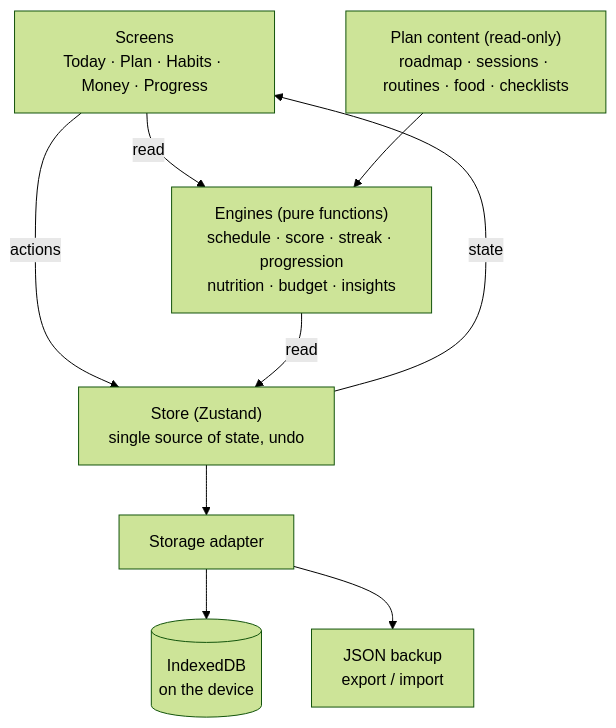
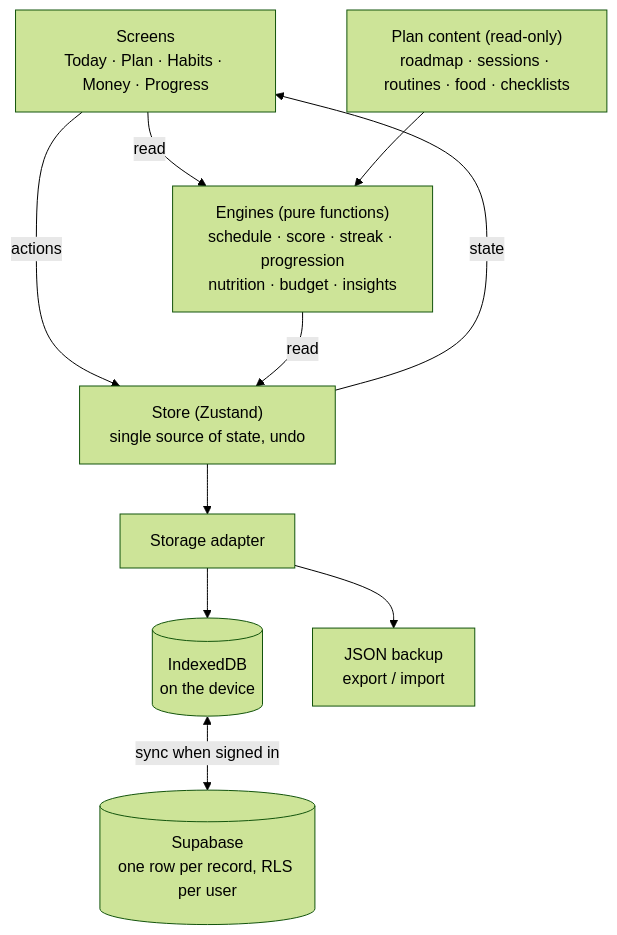
One commit to Arunkumar2004/Habit_Tracker changed the diagram in README.md. Above: the diagram before and after it, drawn with Mermaid (forest theme). The commit also changed other lines of this file and 11 other files, not shown here.

First line of the commit message:
Add Supabase cloud sync with email-code sign-in

````diff
--- a/README.md
+++ b/README.md
@@ -106,11 +108,12 @@
 ```mermaid
 flowchart TD
     UI["Screens<br/>Today · Plan · Habits · Money · Progress"] -->|actions| Store["Store (Zustand)<br/>single source of state, undo"]
     Store -->|state| UI
     UI -->|read| Engines["Engines (pure functions)<br/>schedule · score · streak · progression<br/>nutrition · budget · insights"]
     Engines -->|read| Store
     Content["Plan content (read-only)<br/>roadmap · sessions · routines · food · checklists"] --> Engines
     Store --> Adapter["Storage adapter"]
     Adapter --> IDB[("IndexedDB<br/>on the device")]
+    IDB <-->|"sync when signed in"| Cloud[("Supabase<br/>one row per record, RLS per user")]
     Adapter --> Backup["JSON backup<br/>export / import"]
 ```
````
